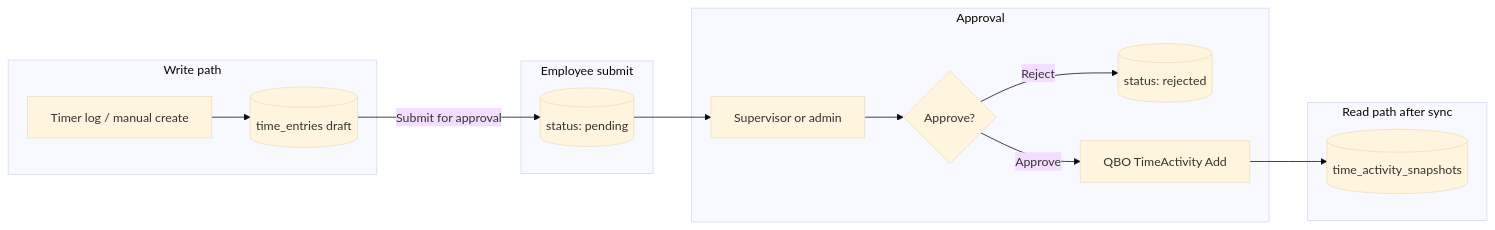
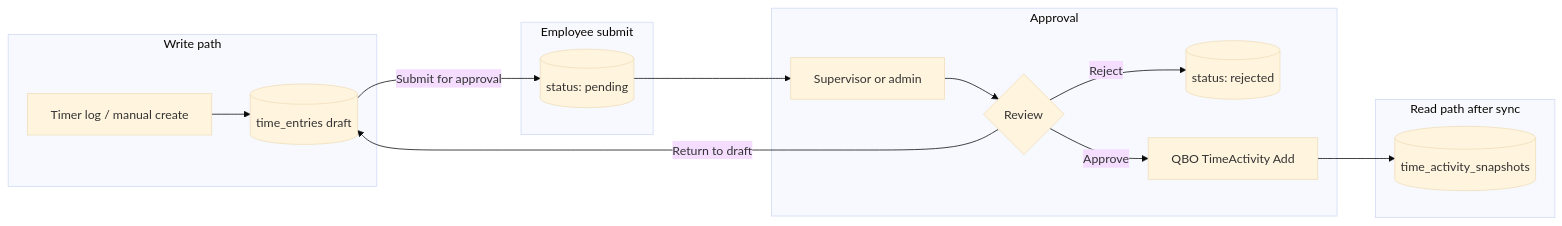
The diagram in docs/time-entry-approval.md (lucrousseau/ellr-qbo-timesheet), drawn with Mermaid (base theme) before and after one commit. The commit also changed other lines of this file and 22 other files, not shown here.

First line of the commit message:
Allow reviewers to return pending time entries to draft.

````diff
--- a/docs/time-entry-approval.md
+++ b/docs/time-entry-approval.md
@@ -7,25 +7,26 @@
 ```mermaid
 flowchart LR
   subgraph writePath [Write path]
     Timer[Timer log / manual create]
     Draft[(time_entries draft)]
     Timer --> Draft
   end
 
   subgraph submit [Employee submit]
     Draft -->|Submit for approval| Pending[(status: pending)]
   end
 
   subgraph approval [Approval]
     Supervisor[Supervisor or admin]
-    Review{Approve?}
+    Review{Review}
     Pending --> Supervisor
     Supervisor --> Review
     Review -->|Reject| Rejected[(status: rejected)]
+    Review -->|Return to draft| Draft
     Review -->|Approve| QBO[QBO TimeActivity Add]
   end
 
   subgraph readPath [Read path after sync]
     QBO --> Snapshots[(time_activity_snapshots)]
   end
 ```
````
